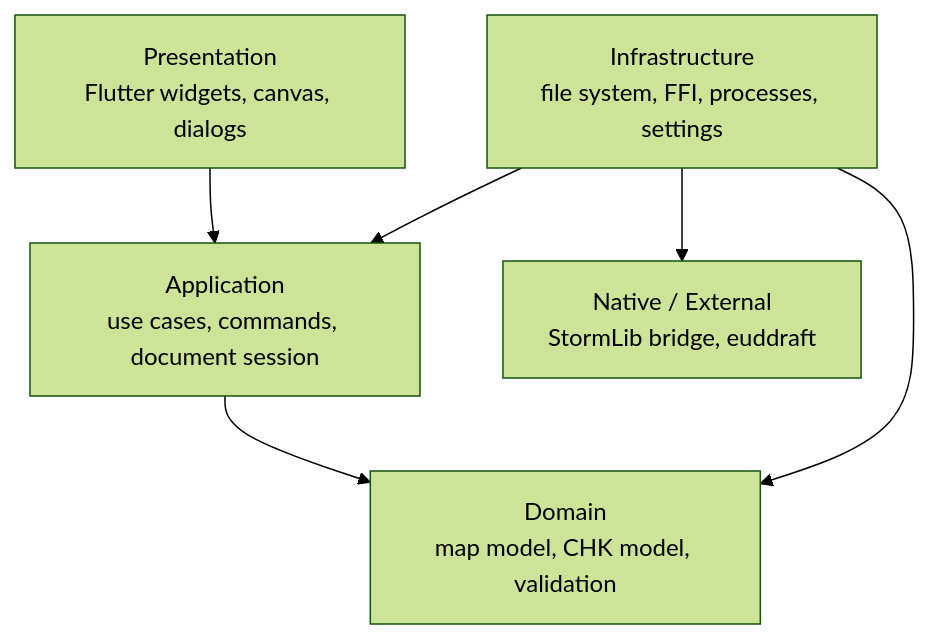
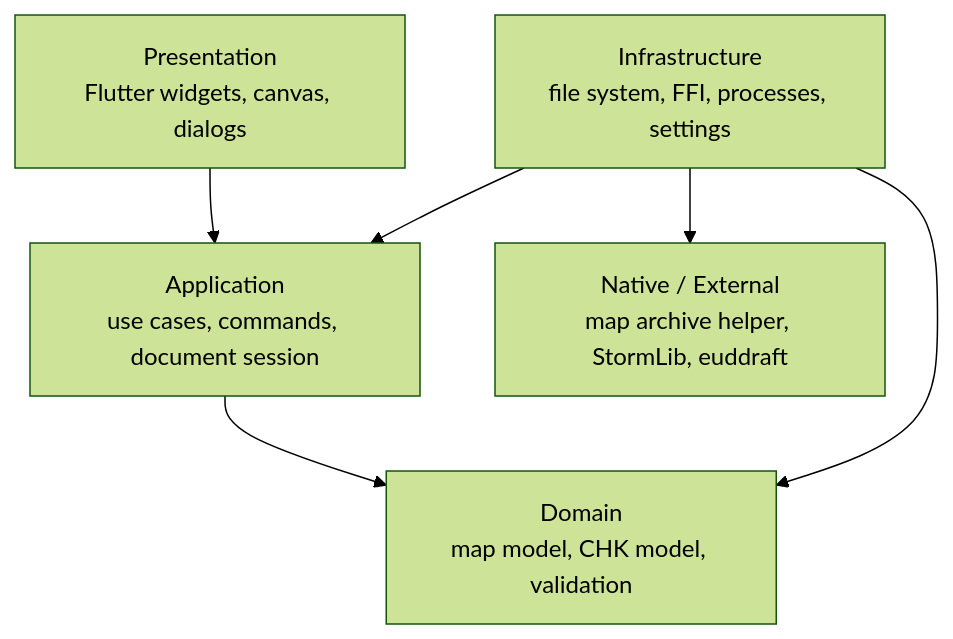
Before and after one commit to blackvrice/starcraft_map_editor: the second of 4 diagrams in docs/ARCHITECTURE.md, drawn with Mermaid (forest theme). The commit also changed other lines of this file and 4 other files, not shown here.

Commit message:
docs: choose StormLib helper process bridge

````diff
--- a/docs/ARCHITECTURE.md
+++ b/docs/ARCHITECTURE.md
@@ -33,14 +35,14 @@
 ```mermaid
 flowchart TB
     Presentation["Presentation\nFlutter widgets, canvas, dialogs"]
     Application["Application\nuse cases, commands, document session"]
     Domain["Domain\nmap model, CHK model, validation"]
     Infrastructure["Infrastructure\nfile system, FFI, processes, settings"]
-    Native["Native / External\nStormLib bridge, euddraft"]
+    Native["Native / External\nmap archive helper, StormLib, euddraft"]
 
     Presentation --> Application
     Application --> Domain
     Infrastructure --> Application
     Infrastructure --> Domain
     Infrastructure --> Native
 ```
````
